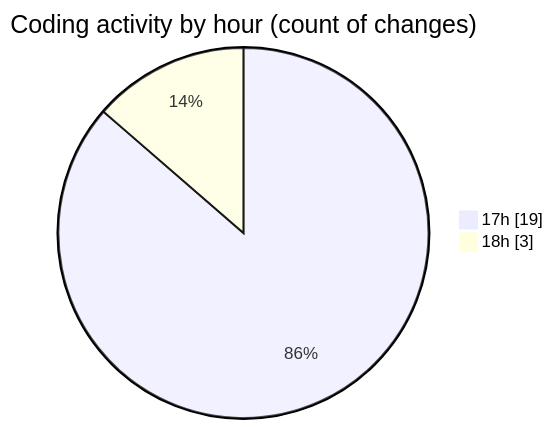
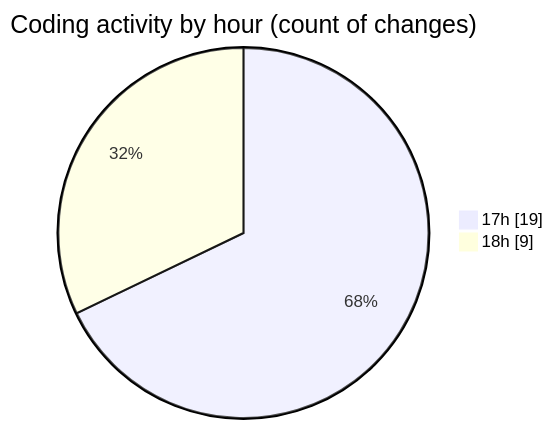
The second of 2 diagrams in 2025-06-03/realtimechat/README.md (Ritupan-Deka/code-tracking), drawn with Mermaid before and after one commit. The commit also changed other lines of this file and 1 other file, not shown here.

````diff
--- a/2025-06-03/realtimechat/README.md
+++ b/2025-06-03/realtimechat/README.md
@@ -37,6 +37,6 @@
 ```mermaid
 pie showData
 title Coding activity by hour (count of changes)
 "17h" : 19
-"18h" : 3
+"18h" : 9
 ```
````
